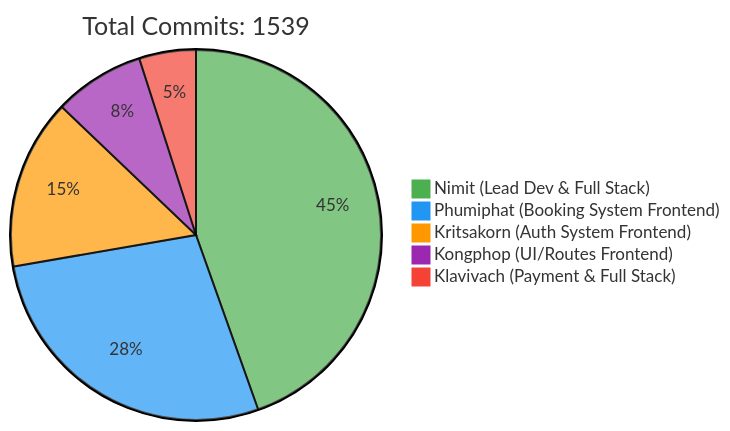
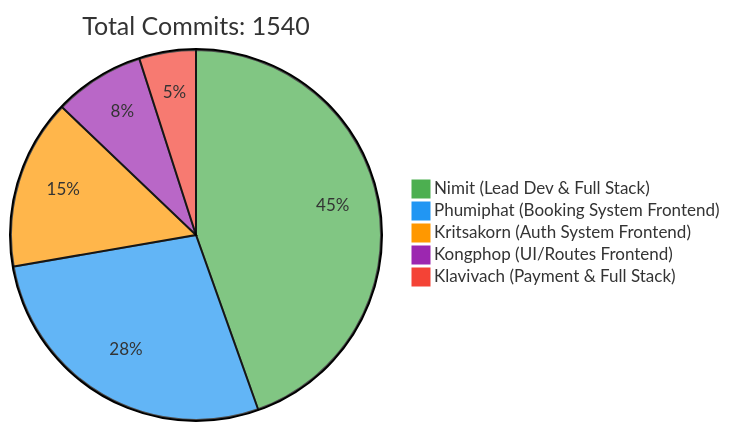
One commit to 6531503042/Sport-Complex changed the first of 2 diagrams in README.md. Above: the diagram before and after it, drawn with Mermaid. The commit also changed other lines of this file, not shown here.

Commit message:
docs: Update contributor statistics [skip ci]

````diff
--- a/README.md
+++ b/README.md
@@ -257,10 +257,10 @@
 ```mermaid
 %%{init: {'theme': 'base', 'themeVariables': { 'pie1': '#4CAF50', 'pie2': '#2196F3', 'pie3': '#FF9800', 'pie4': '#9C27B0', 'pie5': '#F44336'}}}%%
 pie
-    title Total Commits: 1539
+    title Total Commits: 1540
     "Nimit (Lead Dev & Full Stack)" : 450
     "Phumiphat (Booking System Frontend)" : 280
     "Kritsakorn (Auth System Frontend)" : 150
     "Kongphop (UI/Routes Frontend)" : 80
     "Klavivach (Payment & Full Stack)" : 50
 ```
````
